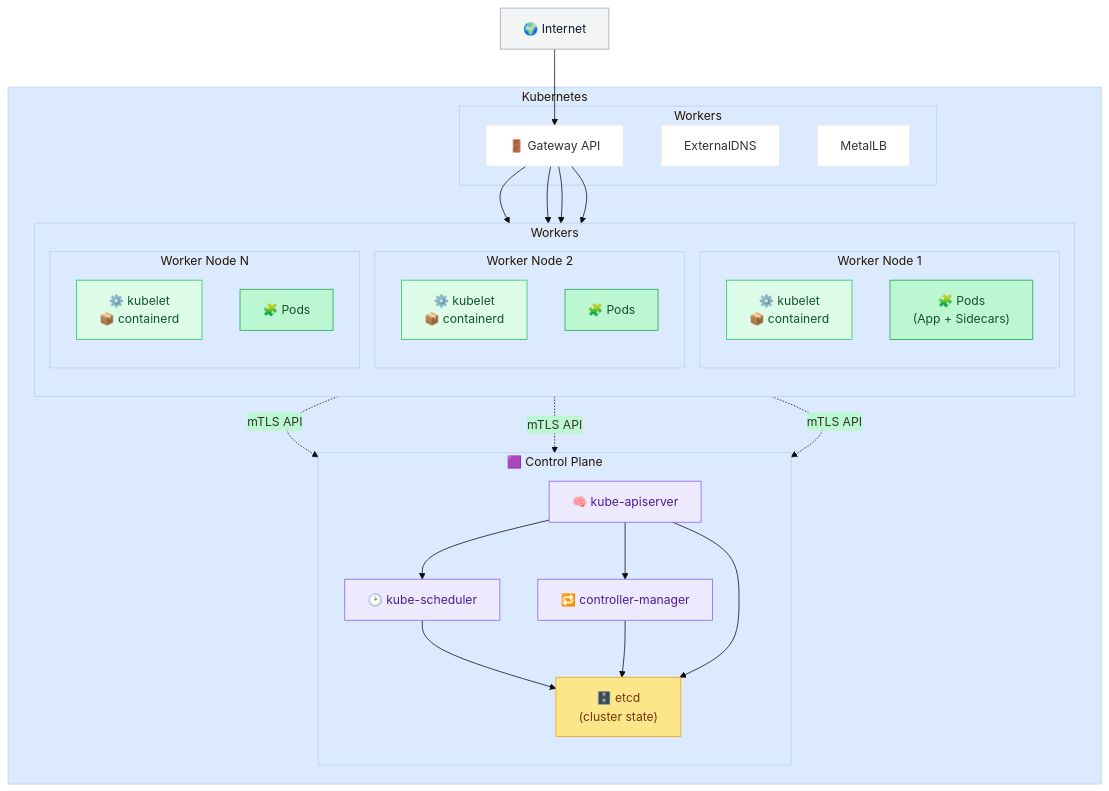
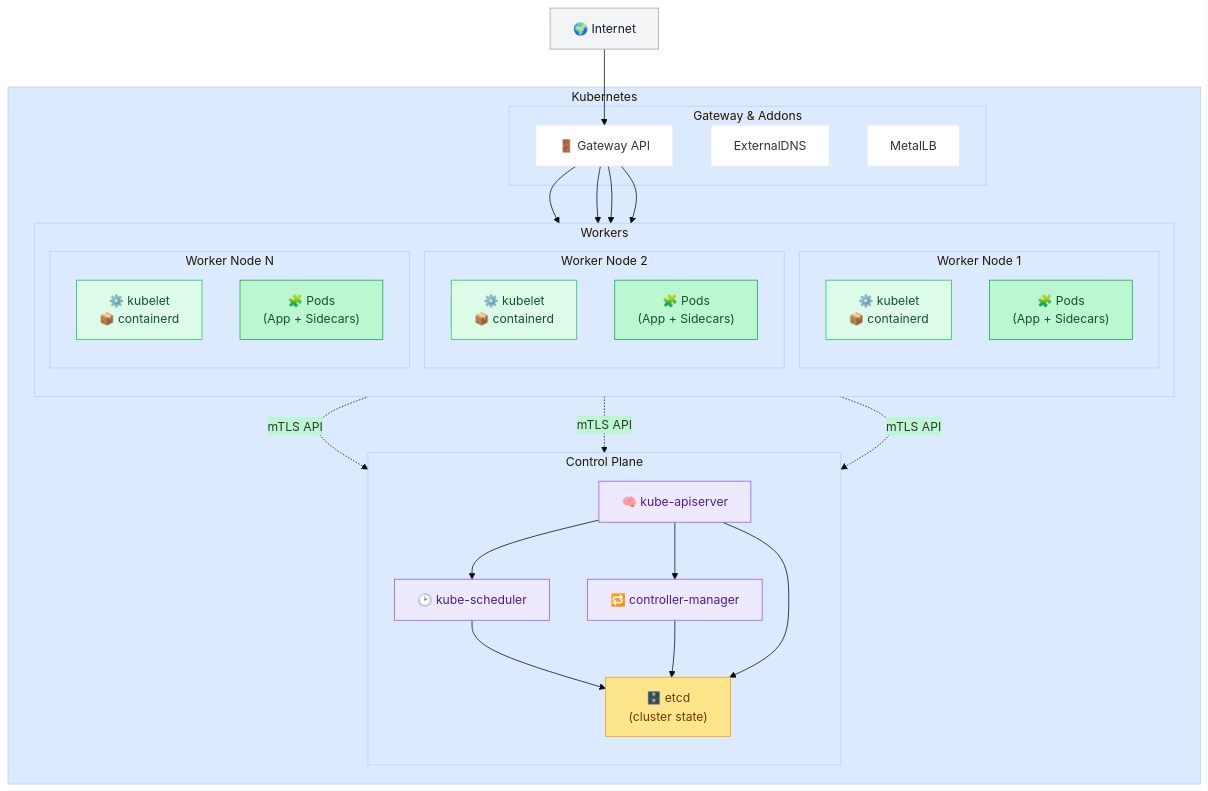
Before and after one commit to kakwa/technically: the diagram in schemas/k8s-architecture.mmd, drawn with Mermaid.

```diff
--- a/schemas/k8s-architecture.mmd
+++ b/schemas/k8s-architecture.mmd
@@ -1,97 +1,97 @@
 ---
 config:
   theme: 'base'
   themeVariables:
     primaryColor: '#fff'
     tertiaryColor: '#dbeafe'
     secondaryColor: '#bbf7d0'
 ---
 
 flowchart TB
 
     %% ========== STYLES ==========
     classDef internet fill:#f3f4f6,stroke:#9ca3af,color:#111827
     classDef gateway fill:#dbeafe,stroke:#3b82f6,color:#1e3a8a
     classDef worker fill:#dcfce7,stroke:#22c55e,color:#14532d
     classDef pod fill:#bbf7d0,stroke:#16a34a,color:#14532d
     classDef control fill:#ede9fe,stroke:#8b5cf6,color:#4c1d95
     classDef etcd fill:#fde68a,stroke:#f59e0b,color:#78350f
     classDef k8s fill:#f3f4f6,stroke:#9ca3af,color:#111827
 
     %% ========== INTERNET ==========
     Internet["🌍 Internet"]
     class Internet internet
 
-    subgraph K8S["Kubernetes"]
+    subgraph K8S["`Kubernetes`"]
     class K8S k8s
     %% ========== GATEWAY ==========
-    subgraph AddOns["Workers"]
+    subgraph AddOns["`Gateway & Addons`"]
         Gateway["🚪 Gateway API"]
         ExternalDNS["ExternalDNS"]
         MetalLB["MetalLB"]
     end
 
     %% ========== WORKER RUNTIME ==========
-    subgraph Runtime["Workers"]
+    subgraph Runtime["`Workers`"]
         direction TB
 
         subgraph W1["Worker Node 1"]
             W1_stack["⚙️ kubelet\n📦 containerd"]
             W1_pods["🧩 Pods\n(App + Sidecars)"]
             class W1_stack worker
             class W1_pods pod
         end
 
         subgraph W2["Worker Node 2"]
             W2_stack["⚙️ kubelet\n📦 containerd"]
-            W2_pods["🧩 Pods"]
+            W2_pods["🧩 Pods\n(App + Sidecars)"]
             class W2_stack worker
             class W2_pods pod
         end
 
         subgraph WN["Worker Node N"]
             WN_stack["⚙️ kubelet\n📦 containerd"]
-            WN_pods["🧩 Pods"]
+            WN_pods["🧩 Pods\n(App + Sidecars)"]
             class WN_stack worker
             class WN_pods pod
         end
     end
 
     %% ========== CONTROL PLANE ==========
-    subgraph ControlPlane["🟪 Control Plane"]
+    subgraph ControlPlane["`Control Plane`"]
         direction TB
 
         API["🧠 kube-apiserver"]
         Scheduler["🕑 kube-scheduler"]
         Controller["🔁 controller-manager"]
         Etcd["🗄️ etcd\n(cluster state)"]
 
         class API control
         class Scheduler control
         class Controller control
         class Etcd etcd
     end
     class K8S k8s
     end
 
 
     %% ========== FLOWS ==========
     Internet --> Gateway
     Gateway --> Runtime
 
     %% Gateway to pods
     Gateway --> W1_pods
     Gateway --> W2_pods
     Gateway --> WN_pods
 
     %% Control plane communication
     W1_stack -. "mTLS API" .-> API
     W2_stack -. "mTLS API" .-> API
     WN_stack -. "mTLS API" .-> API
 
     %% Control plane internals
     API --> Scheduler
     API --> Controller
     Scheduler --> Etcd
     Controller --> Etcd
     API --> Etcd
```
